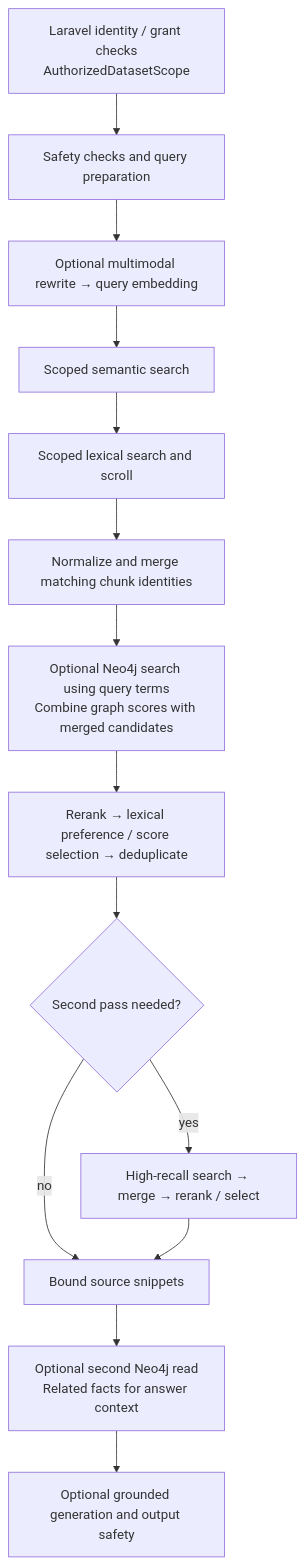
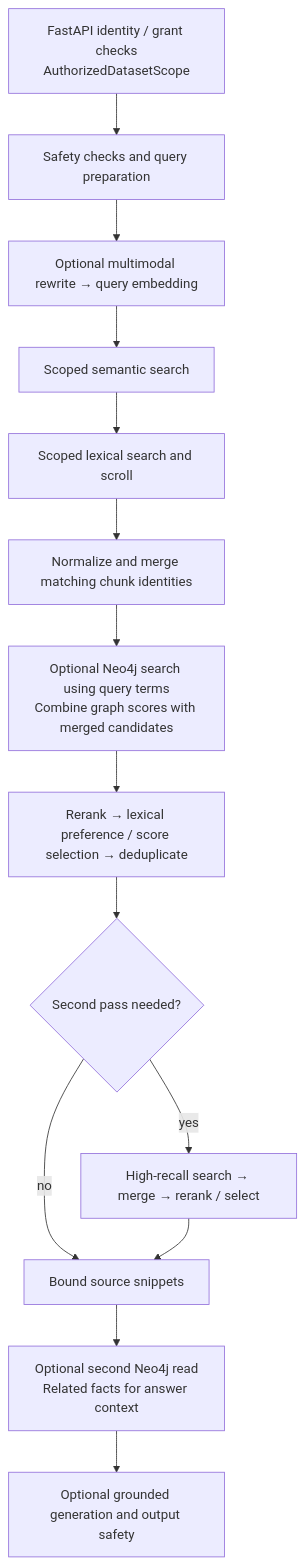
The diagram in _documentation/Core Concepts/query_retrieval.md (hawk-digital-environments/HAWKI-RAG), drawn with Mermaid before and after one commit. The commit also changed other lines of this file and 97 other files, not shown here.

````diff
--- a/_documentation/Core Concepts/query_retrieval.md
+++ b/_documentation/Core Concepts/query_retrieval.md
@@ -53,16 +51,16 @@
 ```mermaid
 flowchart TB
-    Scope["Laravel identity / grant checks<br/>AuthorizedDatasetScope"] --> Prepare["Safety checks and query preparation"]
+    Scope["FastAPI identity / grant checks<br/>AuthorizedDatasetScope"] --> Prepare["Safety checks and query preparation"]
     Prepare --> Rewrite["Optional multimodal rewrite → query embedding"]
     Rewrite --> Dense["Scoped semantic search"]
     Dense --> Lexical["Scoped lexical search and scroll"]
     Lexical --> Merge["Normalize and merge matching chunk identities"]
     Merge --> Graph["Optional Neo4j search using query terms<br/>Combine graph scores with merged candidates"]
     Graph --> Rank["Rerank → lexical preference / score selection → deduplicate"]
     Rank --> Expand{"Second pass needed?"}
     Expand -->|"yes"| Recall["High-recall search → merge → rerank / select"]
     Expand -->|"no"| Context["Bound source snippets"]
     Recall --> Context
     Context --> KG["Optional second Neo4j read<br/>Related facts for answer context"]
     KG --> Answer["Optional grounded generation and output safety"]
 ```
````
